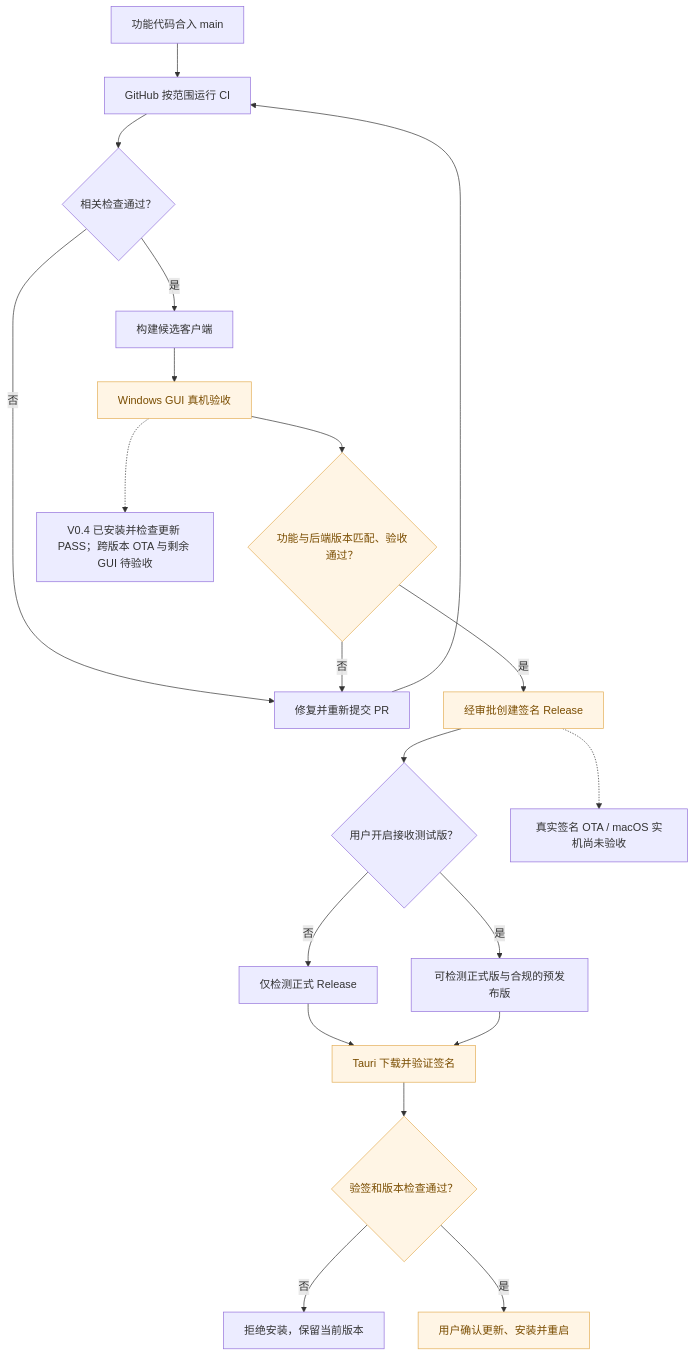
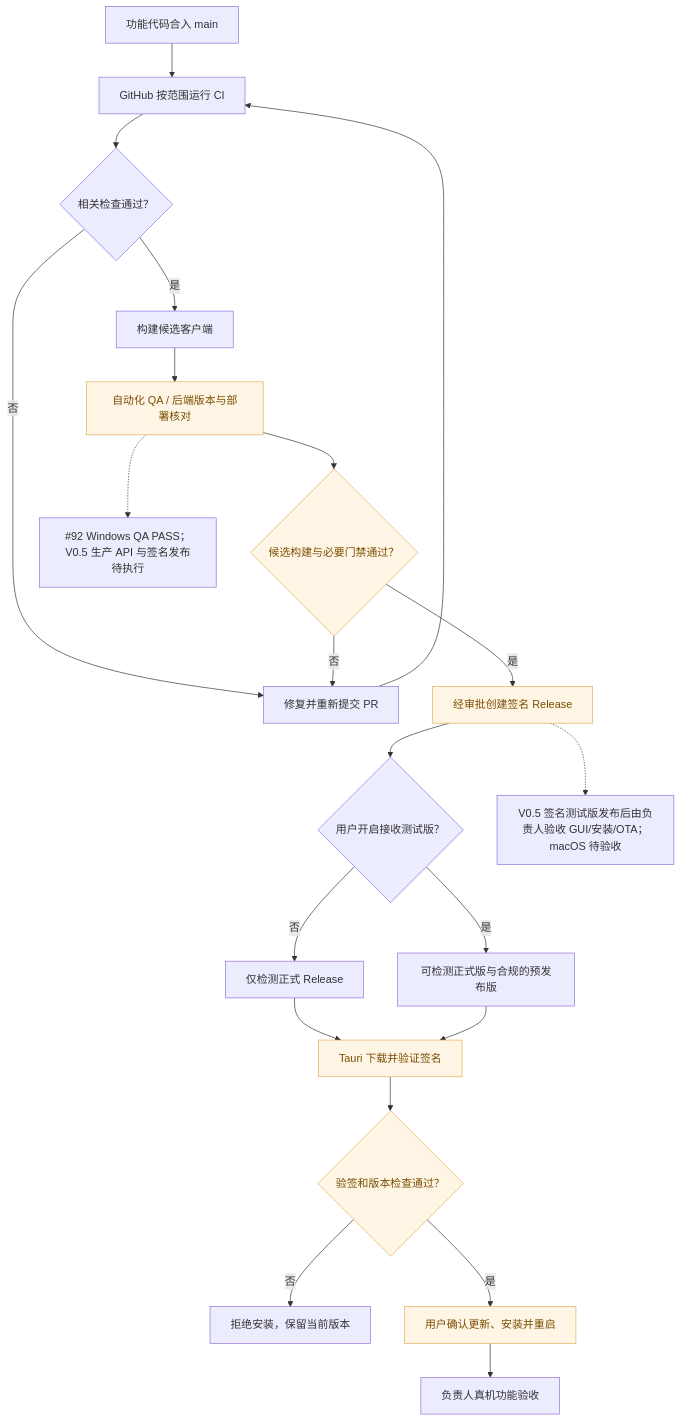
One commit to Fan6512/una-seller changed the ninth of 9 diagrams in docs/product/FEATURE-STATUS.md. Above: the diagram before and after it, drawn with Mermaid. The commit also changed other lines of this file, not shown here.

Commit message:
docs(status): record V0.5 feature merges and Windows QA gates

```diff
--- a/docs/product/FEATURE-STATUS.md
+++ b/docs/product/FEATURE-STATUS.md
@@ -383,26 +384,27 @@
 ~~~mermaid
 flowchart TD
     A["功能代码合入 main"] --> B["GitHub 按范围运行 CI"]
     B --> C{"相关检查通过？"}
     C -->|否| D["修复并重新提交 PR"]
     D --> B
     C -->|是| E["构建候选客户端"]
-    E --> F["Windows GUI 真机验收"]
-    F --> G{"功能与后端版本匹配、验收通过？"}
+    E --> F["自动化 QA / 后端版本与部署核对"]
+    F --> G{"候选构建与必要门禁通过？"}
     G -->|否| D
     G -->|是| H["经审批创建签名 Release"]
     H --> I{"用户开启接收测试版？"}
     I -->|否| J["仅检测正式 Release"]
     I -->|是| K["可检测正式版与合规的预发布版"]
     J --> L["Tauri 下载并验证签名"]
     K --> L
     L --> M{"验签和版本检查通过？"}
     M -->|否| N["拒绝安装，保留当前版本"]
     M -->|是| O["用户确认更新、安装并重启"]
 
-    F -.-> P["V0.4 已安装并检查更新 PASS；跨版本 OTA 与剩余 GUI 待验收"]
-    H -.-> Q["真实签名 OTA / macOS 实机尚未验收"]
+    F -.-> P["#92 Windows QA PASS；V0.5 生产 API 与签名发布待执行"]
+    H -.-> Q["V0.5 签名测试版发布后由负责人验收 GUI/安装/OTA；macOS 待验收"]
+    O --> R["负责人真机功能验收"]
 
     classDef verify fill:#fff5e5,color:#7a4d00,stroke:#e3ae56
     class F,G,H,L,M,O verify
 ~~~
```
